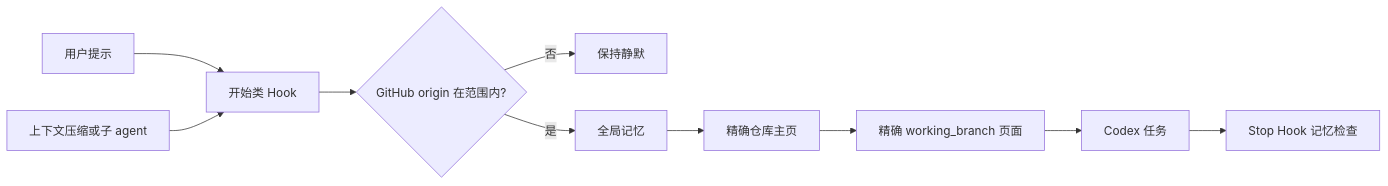
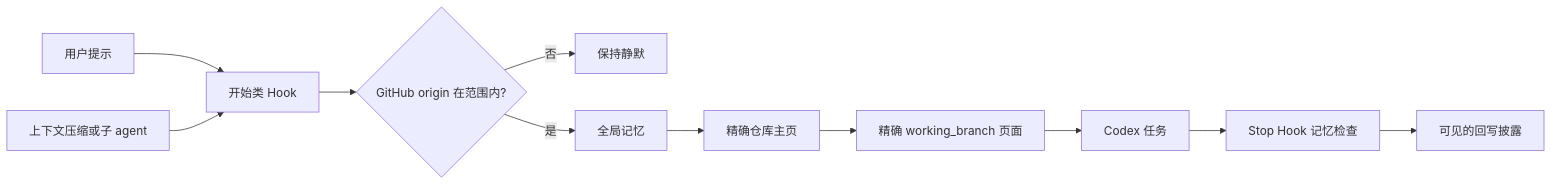
The diagram in README.zh-CN.md (Wang-Ruibin/codex-obsidian-memory), drawn with Mermaid before and after one commit. The commit also changed other lines of this file and 14 other files, not shown here.

````diff
--- a/README.zh-CN.md
+++ b/README.zh-CN.md
@@ -73,12 +76,13 @@
 ```mermaid
 flowchart LR
     A[用户提示] --> B[开始类 Hook]
     C[上下文压缩或子 agent] --> B
     B --> D{GitHub origin 在范围内?}
     D -- 否 --> E[保持静默]
     D -- 是 --> F[全局记忆]
     F --> G[精确仓库主页]
     G --> H[精确 working_branch 页面]
     H --> I[Codex 任务]
     I --> J[Stop Hook 记忆检查]
+    J --> K[可见的回写披露]
 ```
````
